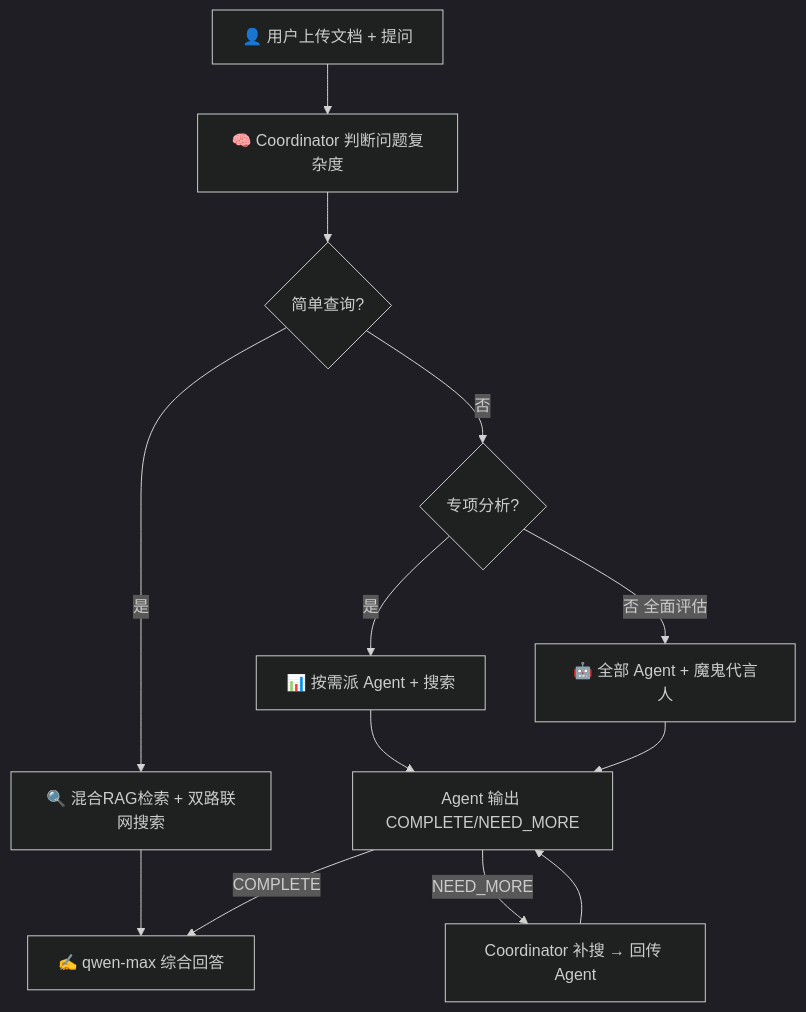
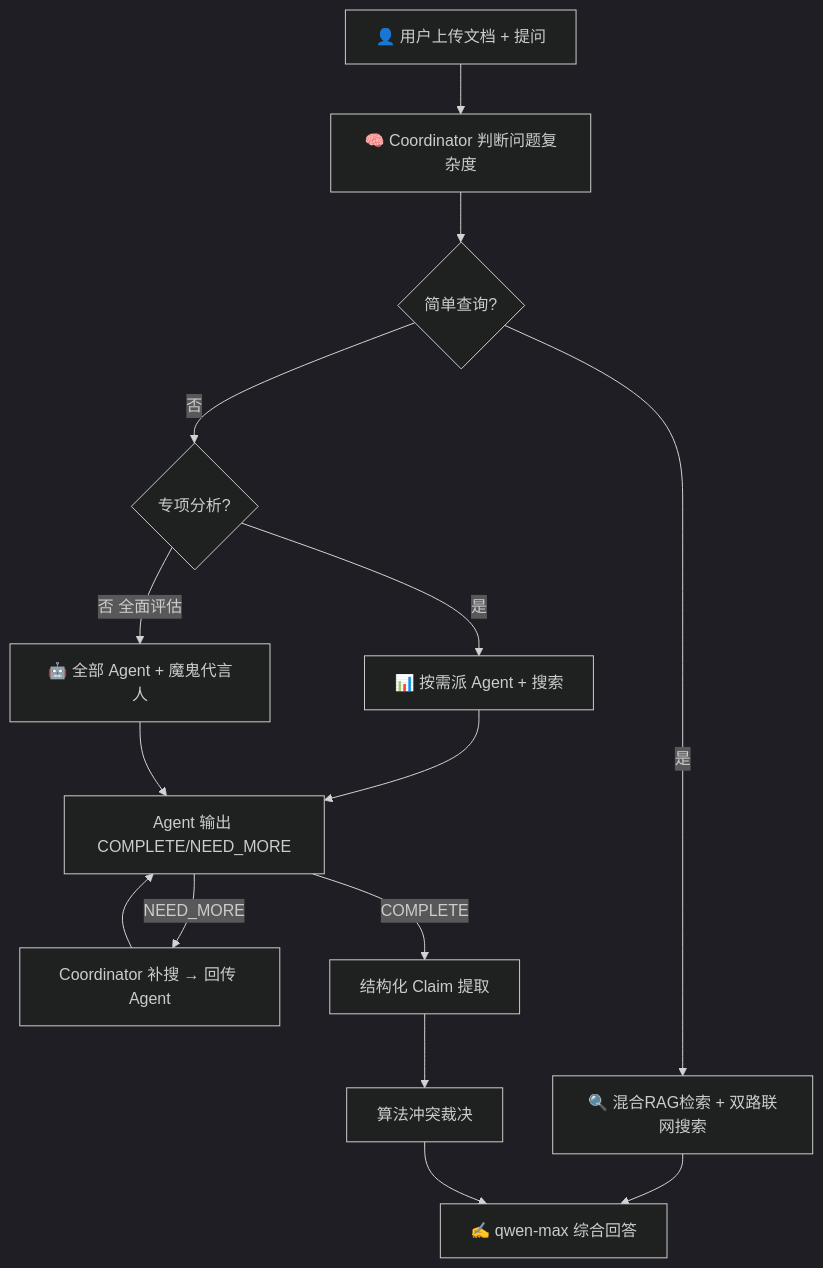
Before and after one commit to leokiy/finrisk-multiagent: the diagram in README.md, drawn with Mermaid (dark theme). The commit also changed other lines of this file and 4 other files, not shown here.

````diff
--- a/README.md
+++ b/README.md
@@ -37,16 +40,18 @@
 ```mermaid
 flowchart TB
     A[👤 用户上传文档 + 提问]
     A --> B[🧠 Coordinator 判断问题复杂度]
     B --> C{简单查询?}
     C -->|是| D[🔍 混合RAG检索 + 双路联网搜索]
     D --> E[✍️ qwen-max 综合回答]
     C -->|否| F{专项分析?}
     F -->|是| G[📊 按需派 Agent + 搜索]
     G --> H[Agent 输出 COMPLETE/NEED_MORE]
     H -->|NEED_MORE| I[Coordinator 补搜 → 回传 Agent]
     I --> H
-    H -->|COMPLETE| E
-    F -->|否 全面评估| J[🤖 全部 Agent + 魔鬼代言人]
-    J --> H
+    H -->|COMPLETE| J[结构化 Claim 提取]
+    J --> K[算法冲突裁决]
+    K --> E
+    F -->|否 全面评估| L[🤖 全部 Agent + 魔鬼代言人]
+    L --> H
 ```
````
